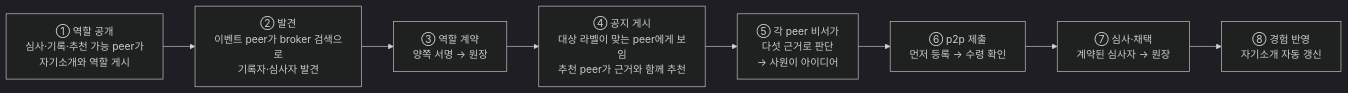
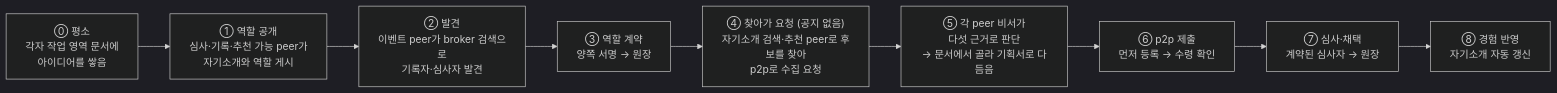
The second of 2 diagrams in docs/hackathon-proposal.md (tanminkwan/share-ur-tokens), drawn with Mermaid (dark theme) before and after one commit. The commit also changed other lines of this file and 2 other files, not shown here.

First line of the commit message:
docs: Demo becomes collection-based (event peer pulls ideas from working areas)

````diff
--- a/docs/hackathon-proposal.md
+++ b/docs/hackathon-proposal.md
@@ -155,10 +163,11 @@
 ```mermaid
 flowchart LR
-    S["① 역할 공개<br/>심사·기록·추천 가능 peer가<br/>자기소개와 역할 게시"] --> F["② 발견<br/>이벤트 peer가 broker 검색으로<br/>기록자·심사자 발견"]
+    A0["⓪ 평소<br/>각자 작업 영역 문서에<br/>아이디어를 쌓음"] --> S["① 역할 공개<br/>심사·기록·추천 가능 peer가<br/>자기소개와 역할 게시"]
+    S --> F["② 발견<br/>이벤트 peer가 broker 검색으로<br/>기록자·심사자 발견"]
     F --> K["③ 역할 계약<br/>양쪽 서명 → 원장"]
-    K --> C["④ 공지 게시<br/>대상 라벨이 맞는 peer에게 보임<br/>추천 peer가 근거와 함께 추천"]
-    C --> J["⑤ 각 peer 비서가<br/>다섯 근거로 판단<br/>→ 사원이 아이디어"]
+    K --> C["④ 찾아가 요청 (공지 없음)<br/>자기소개 검색·추천 peer로 후보를 찾아<br/>p2p로 수집 요청"]
+    C --> J["⑤ 각 peer 비서가<br/>다섯 근거로 판단<br/>→ 문서에서 골라 기획서로 다듬음"]
     J --> P["⑥ p2p 제출<br/>먼저 등록 → 수령 확인"]
     P --> V["⑦ 심사·채택<br/>계약된 심사자 → 원장"]
     V --> U["⑧ 경험 반영<br/>자기소개 자동 갱신"]
 ```
````
